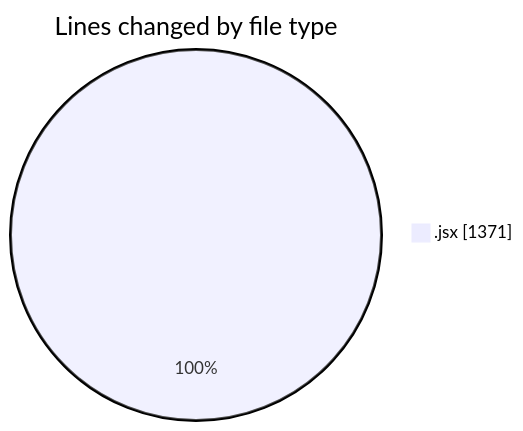
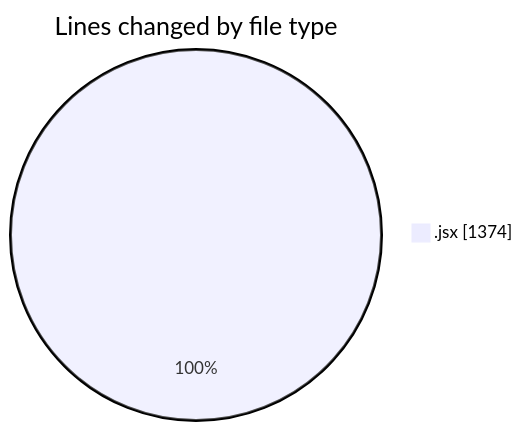
The first of 2 diagrams in 2025-05-10/argos-dev/README.md (nxtqubesakshisongat/code-tracking), drawn with Mermaid before and after one commit. The commit also changed other lines of this file and 1 other file, not shown here.

````diff
--- a/2025-05-10/argos-dev/README.md
+++ b/2025-05-10/argos-dev/README.md
@@ -21,5 +21,5 @@
 ```mermaid
 pie showData
 title Lines changed by file type
-".jsx" : 1371
+".jsx" : 1374
 ```
````
